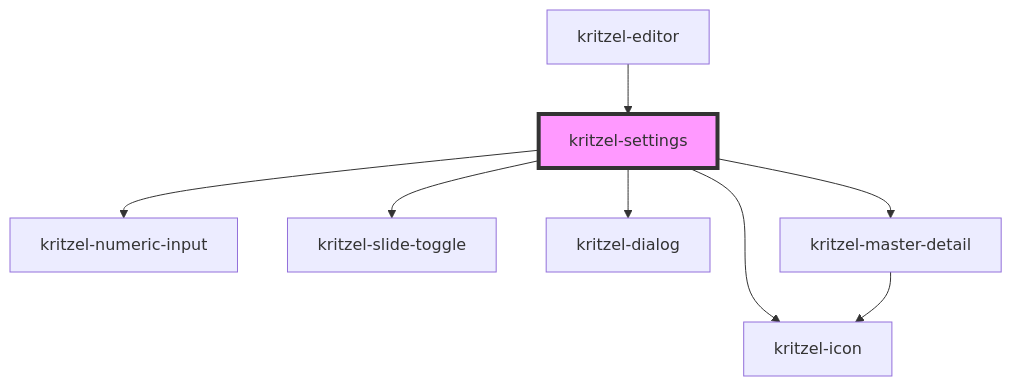
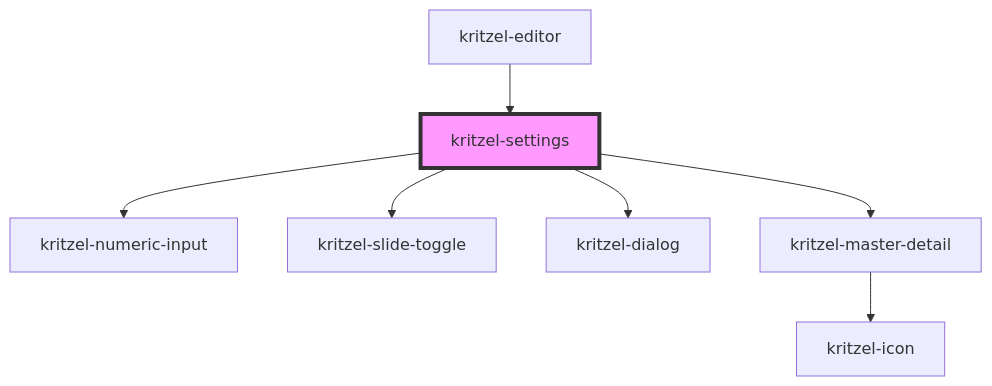
One commit to kasual1/kritzel changed the diagram in libs/kritzel-stencil/src/components/ui/kritzel-settings/readme.md. Above: the diagram before and after it, drawn with Mermaid. The commit also changed other lines of this file and 9 other files, not shown here.

````diff
--- a/libs/kritzel-stencil/src/components/ui/kritzel-settings/readme.md
+++ b/libs/kritzel-stencil/src/components/ui/kritzel-settings/readme.md
@@ -51,11 +63,10 @@
 ```mermaid
 graph TD;
   kritzel-settings --> kritzel-numeric-input
   kritzel-settings --> kritzel-slide-toggle
-  kritzel-settings --> kritzel-icon
   kritzel-settings --> kritzel-dialog
   kritzel-settings --> kritzel-master-detail
   kritzel-master-detail --> kritzel-icon
   kritzel-editor --> kritzel-settings
   style kritzel-settings fill:#f9f,stroke:#333,stroke-width:4px
 ```
````
